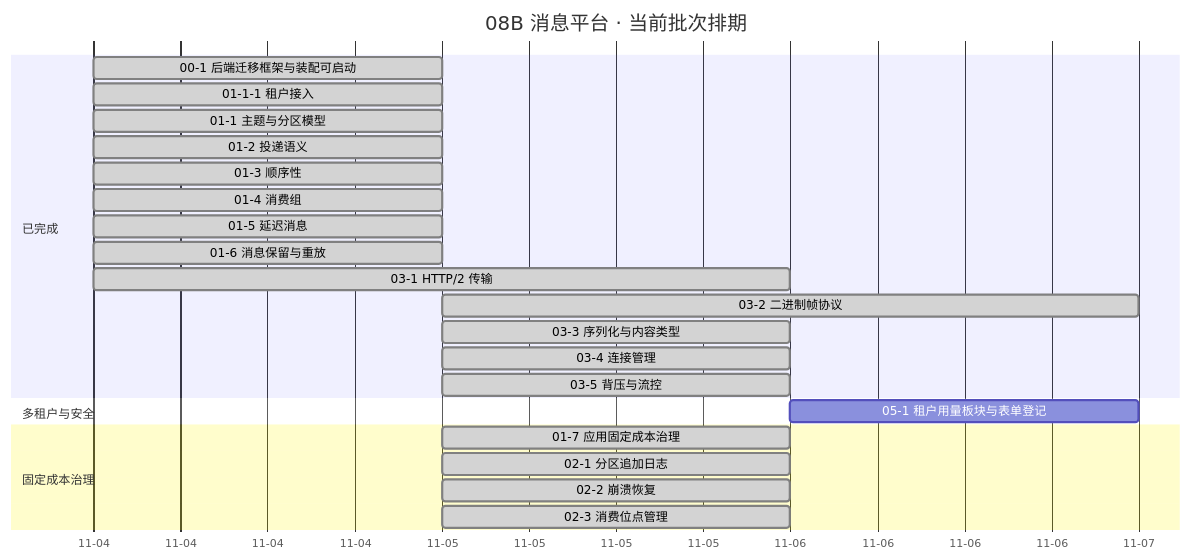
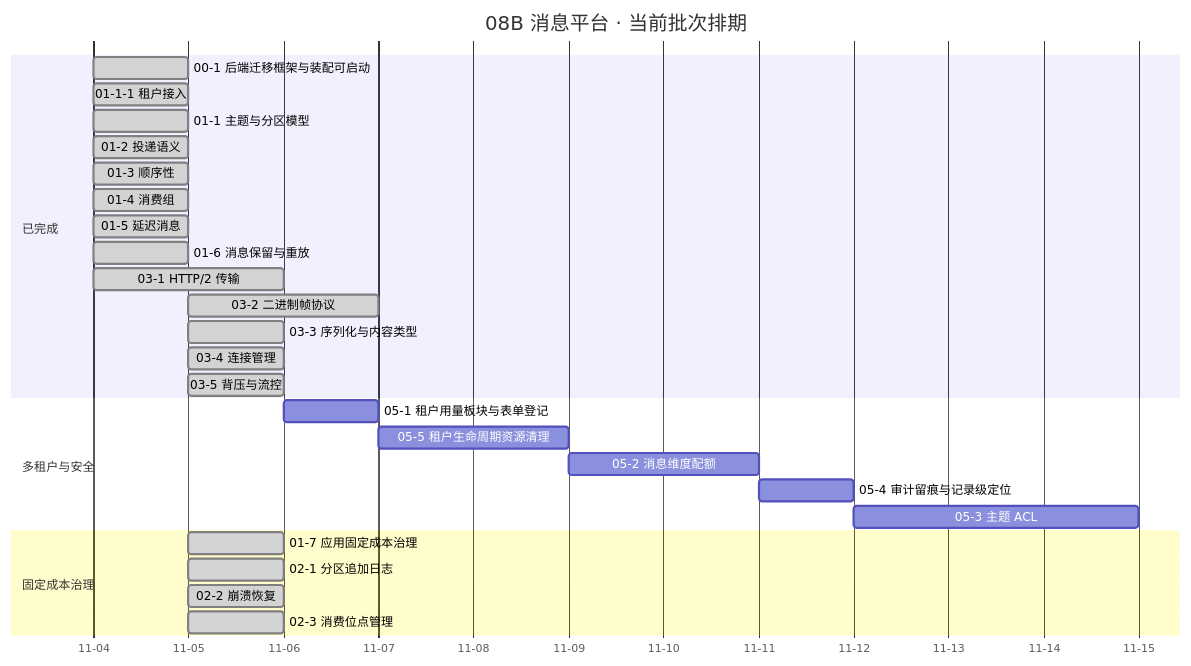
The diagram in msg文档/项目/08B_消息平台/计划/01_计划_消息平台.md (minjian123/message-platform), drawn with Mermaid before and after one commit. The commit also changed other lines of this file and 5 other files, not shown here.

````diff
--- a/msg文档/项目/08B_消息平台/计划/01_计划_消息平台.md
+++ b/msg文档/项目/08B_消息平台/计划/01_计划_消息平台.md
@@ -77,28 +81,32 @@
 ```mermaid
 gantt
     title 08B 消息平台 · 当前批次排期
     %% 任务域 02：02-7 已交付（2026-11-05）、02-4/02-5 搁置（待 8B_05）；任务域 04：04-1 ~ 04-7 全部已交付不入甘特
     dateFormat YYYY-MM-DD
     axisFormat %m-%d
     section 已完成
     00-1 后端迁移框架与装配可启动 :done, d001, 2026-11-04, 1d
     01-1-1 租户接入 :done, d0111, 2026-11-04, 1d
     01-1 主题与分区模型 :done, t011, 2026-11-04, 1d
     01-2 投递语义 :done, t012, 2026-11-04, 1d
     01-3 顺序性 :done, t013, 2026-11-04, 1d
     01-4 消费组 :done, t014, 2026-11-04, 1d
     01-5 延迟消息 :done, t015, 2026-11-04, 1d
     01-6 消息保留与重放 :done, t016, 2026-11-04, 1d
     03-1 HTTP/2 传输 :done, t031, 2026-11-04, 2d
     03-2 二进制帧协议 :done, t032, 2026-11-05, 2d
     03-3 序列化与内容类型 :done, t033, 2026-11-05, 1d
     03-4 连接管理 :done, t034, 2026-11-05, 1d
     03-5 背压与流控 :done, t035, 2026-11-05, 1d
     section 多租户与安全
     05-1 租户用量板块与表单登记 :t051, after t035, 1d
+    05-5 租户生命周期资源清理 :t055, after t051, 2d
+    05-2 消息维度配额 :t052, after t055, 2d
+    05-4 审计留痕与记录级定位 :t054, after t052, 1d
+    05-3 主题 ACL :t053, after t054, 3d
     section 固定成本治理
     01-7 应用固定成本治理 :done, t017, 2026-11-05, 1d
     02-1 分区追加日志 :done, t021, 2026-11-05, 1d
     02-2 崩溃恢复 :done, t022, 2026-11-05, 1d
     02-3 消费位点管理 :done, t023, 2026-11-05, 1d
 ```
````
